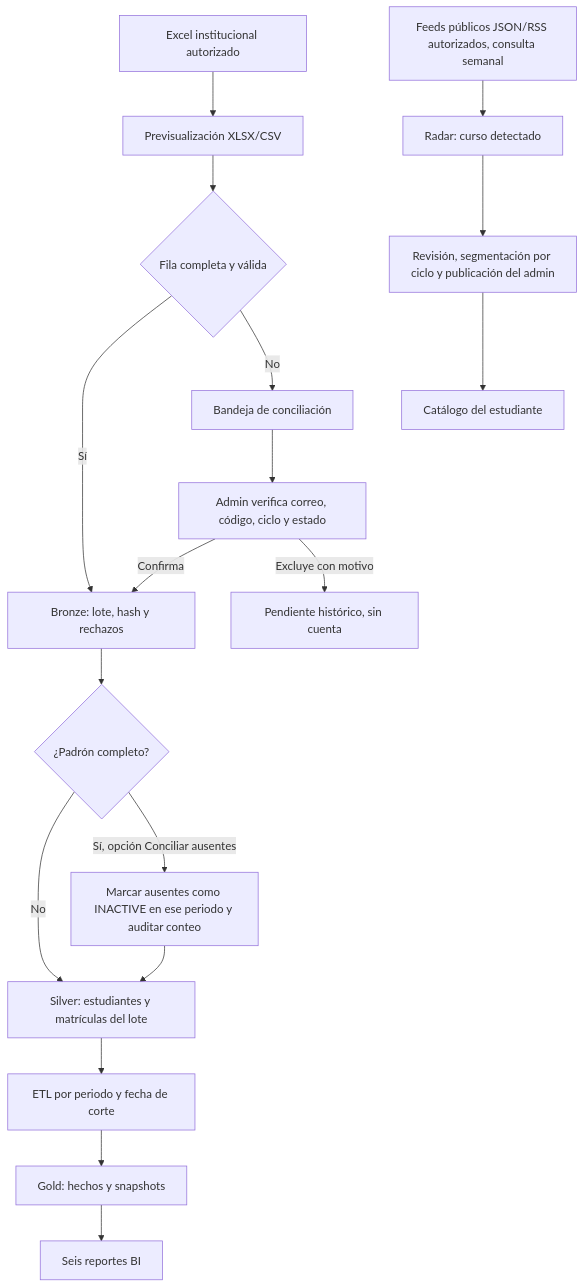
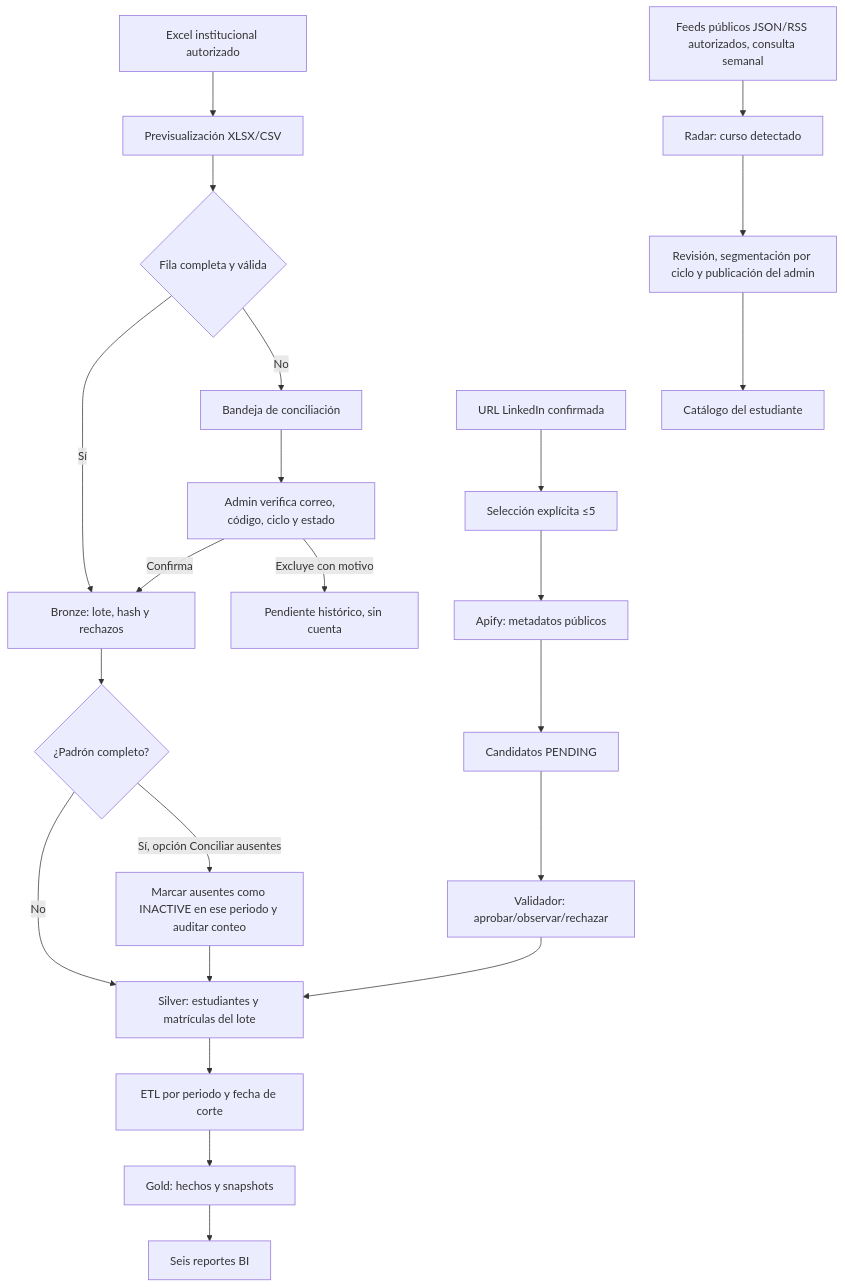
One commit to Kiara1616/pulse-epis changed the diagram in docs/proyecto/31-Fases-MVP-Pulse-EPIS.md. Above: the diagram before and after it, drawn with Mermaid. The commit also changed other lines of this file and 25 other files, not shown here.

````diff
--- a/docs/proyecto/31-Fases-MVP-Pulse-EPIS.md
+++ b/docs/proyecto/31-Fases-MVP-Pulse-EPIS.md
@@ -37,20 +39,25 @@
 ```mermaid
 flowchart TD
     A[Excel institucional autorizado] --> B[Previsualización XLSX/CSV]
     B --> C{Fila completa y válida}
     C -->|Sí| D[Bronze: lote, hash y rechazos]
     D --> Q{¿Padrón completo?}
     Q -->|No| H[Silver: estudiantes y matrículas del lote]
     Q -->|Sí, opción Conciliar ausentes| R[Marcar ausentes como INACTIVE en ese periodo y auditar conteo]
     R --> H
     C -->|No| E[Bandeja de conciliación]
     E --> F[Admin verifica correo, código, ciclo y estado]
     F -->|Confirma| D
     F -->|Excluye con motivo| G[Pendiente histórico, sin cuenta]
     H --> I[ETL por periodo y fecha de corte]
     I --> J[Gold: hechos y snapshots]
     J --> K[Seis reportes BI]
     L[Feeds públicos JSON/RSS autorizados, consulta semanal] --> M[Radar: curso detectado]
     M --> N[Revisión, segmentación por ciclo y publicación del admin]
     N --> O[Catálogo del estudiante]
+    LIURL[URL LinkedIn confirmada] --> LISEL[Selección explícita ≤5]
+    LISEL --> LIAP[Apify: metadatos públicos]
+    LIAP --> LIC[Candidatos PENDING]
+    LIC --> LIDEC[Validador: aprobar/observar/rechazar]
+    LIDEC --> H
 ```
````
